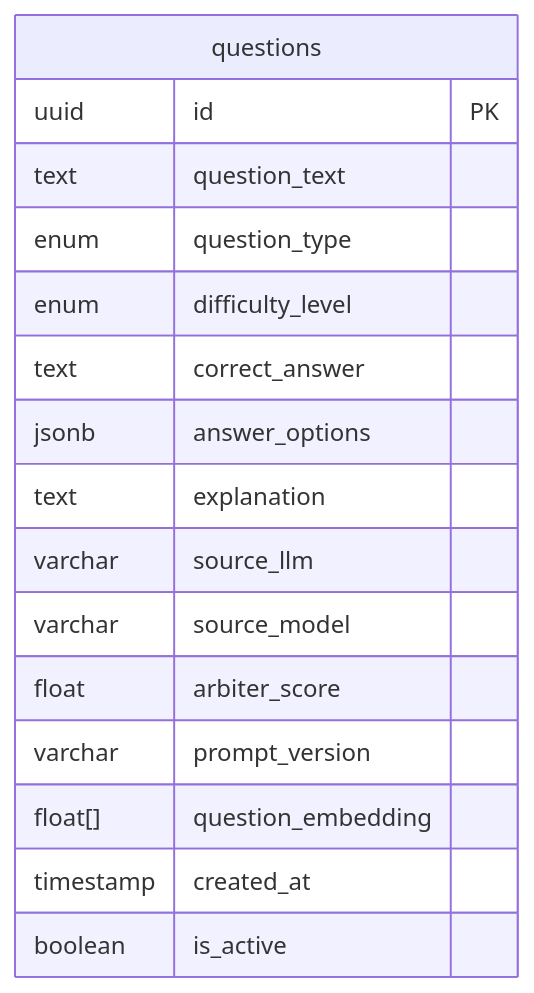
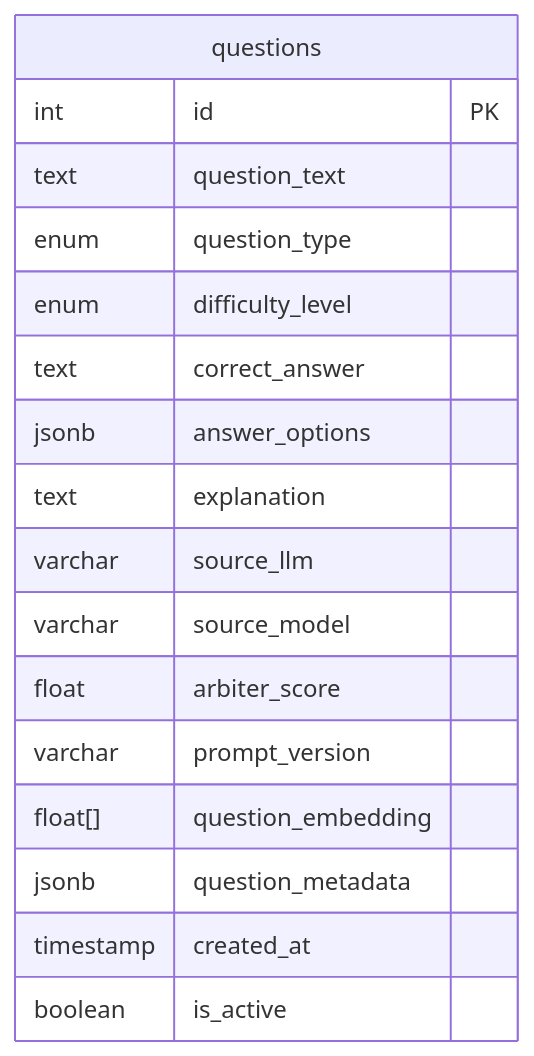
Diagram 11 of 15 in question-service/docs/ARCHITECTURE.md (gioe/aiq), drawn with Mermaid before and after one commit.

Commit message:
[TASK-439] Address PR review: fix ER diagram schema
- Change id field type from uuid to int to match actual database model
- Add missing question_metadata field to ER diagram

````diff
--- a/question-service/docs/ARCHITECTURE.md
+++ b/question-service/docs/ARCHITECTURE.md
@@ -556,19 +556,20 @@
 ```mermaid
 erDiagram
     questions {
-        uuid id PK
+        int id PK
         text question_text
         enum question_type
         enum difficulty_level
         text correct_answer
         jsonb answer_options
         text explanation
         varchar source_llm
         varchar source_model
         float arbiter_score
         varchar prompt_version
         float[] question_embedding
+        jsonb question_metadata
         timestamp created_at
         boolean is_active
     }
 ```
````
